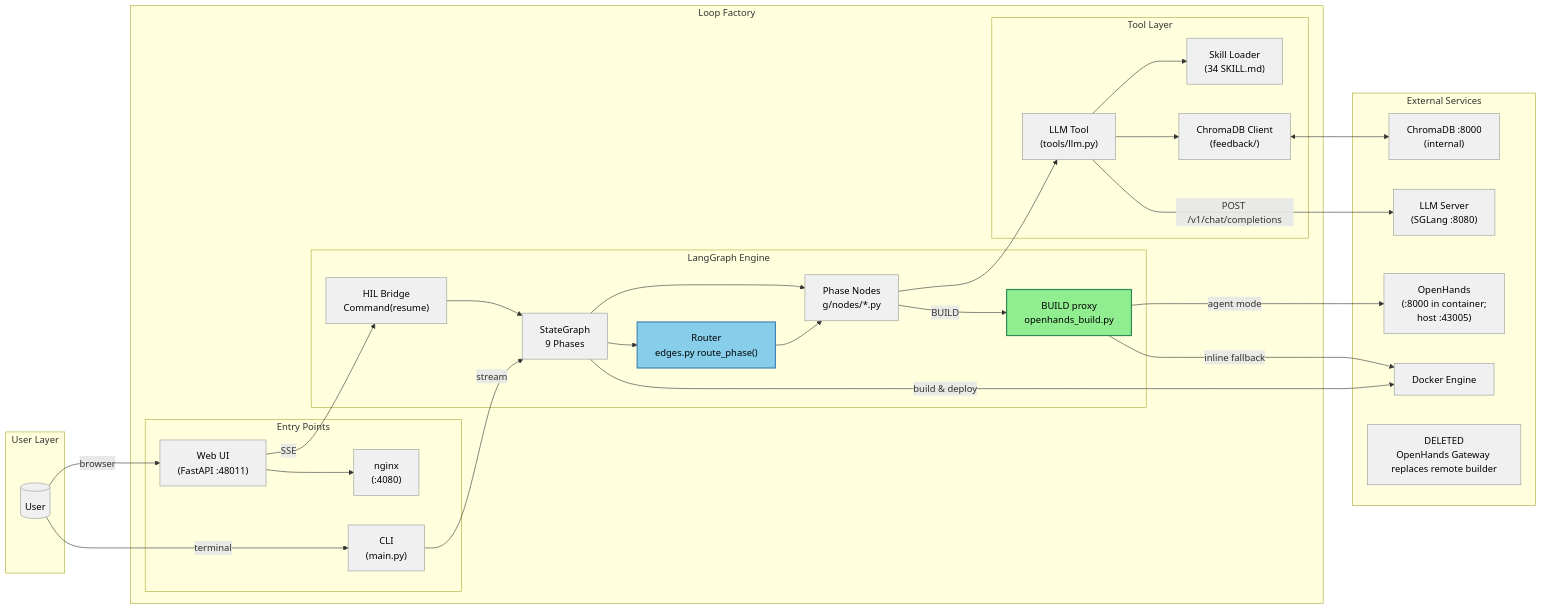
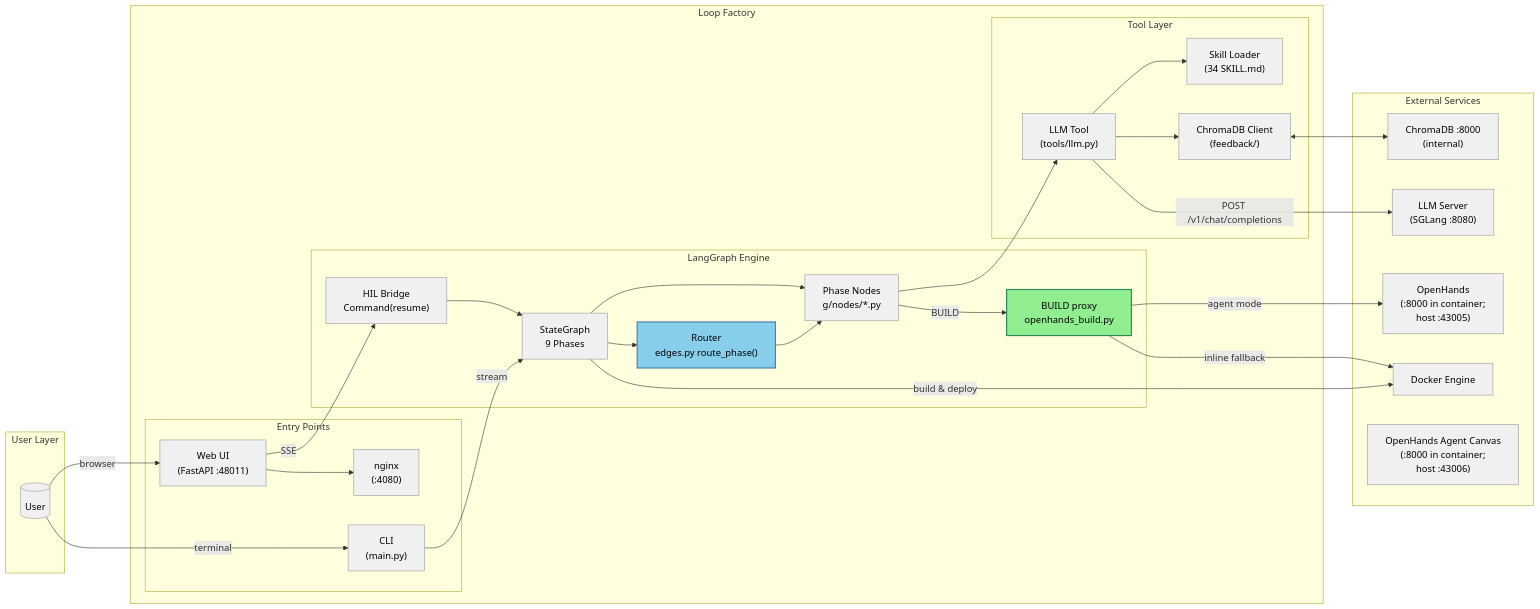
One commit to terrygzhou/loop_engineering_factory changed the third of 4 diagrams in README.md. Above: the diagram before and after it, drawn with Mermaid. The commit also changed other lines of this file, not shown here.

First line of the commit message:
docs(readme): fix diagram drift vs codebase

````diff
--- a/README.md
+++ b/README.md
@@ -118,65 +118,65 @@
 ```mermaid
 graph LR
     subgraph User["User Layer"]
         U[("User")]
     end
 
     subgraph LoopFactory["Loop Factory"]
         subgraph Entry["Entry Points"]
             CLI["CLI<br/>(main.py)"]
             WebUI["Web UI<br/>(FastAPI :48011)"]
             Nginx["nginx<br/>(:4080)"]
         end
 
         subgraph Engine["LangGraph Engine"]
             Graph["StateGraph<br/>9 Phases"]
             Nodes["Phase Nodes<br/>g/nodes/*.py"]
             Bridge["HIL Bridge<br/>Command(resume)"]
             BuildProxy["BUILD proxy<br/>openhands_build.py"]
             Router["Router<br/>edges.py route_phase()"]
         end
 
         subgraph Tools["Tool Layer"]
             LLM["LLM Tool<br/>(tools/llm.py)"]
             Skills["Skill Loader<br/>(34 SKILL.md)"]
             ChromaC["ChromaDB Client<br/>(feedback/)"]
         end
     end
 
     subgraph External["External Services"]
         LLM_Srv["LLM Server<br/>(SGLang :8080)"]
         Docker["Docker Engine"]
         Chroma["ChromaDB :8000<br/>(internal)"]
         OpenHands["OpenHands<br/>(:8000 in container;<br/>host :43005)"]
-        Builder["DELETED<br/>OpenHands Gateway replaces remote builder"]
+        Canvas["OpenHands Agent Canvas<br/>(:8000 in container;<br/>host :43006)"]
     end
 
     U -->|browser| WebUI
     U -->|terminal| CLI
     CLI -->|stream| Graph
     WebUI -->|SSE| Bridge
     Bridge --> Graph
     Graph --> Nodes
     Graph --> Router
     Router --> Nodes
     Nodes --> LLM
     LLM --> Skills
     LLM --> ChromaC
     LLM -->|"POST /v1/chat/completions"| LLM_Srv
     Graph -->|"build & deploy"| Docker
     ChromaC <--> Chroma
     WebUI --> Nginx
 
     %% BUILD: OpenHands agent delegation with inline fallback
     Nodes -->|"BUILD"| BuildProxy
     BuildProxy -->|"agent mode"| OpenHands
     BuildProxy -->|"inline fallback"| Docker
 
     classDef default fill:#F0F0F0,stroke:#999,stroke-width:1px,color:#000
     classDef hil fill:#FFD700,stroke:#B8860B,stroke-width:2px,color:#000
     classDef agent fill:#90EE90,stroke:#2E8B57,stroke-width:2px,color:#000
     classDef router fill:#87CEEB,stroke:#4682B4,stroke-width:2px,color:#000
     class BuildProxy agent
-    class OpenHands,Builder external
+    class OpenHands,Canvas external
     class Router router
 ```
````
